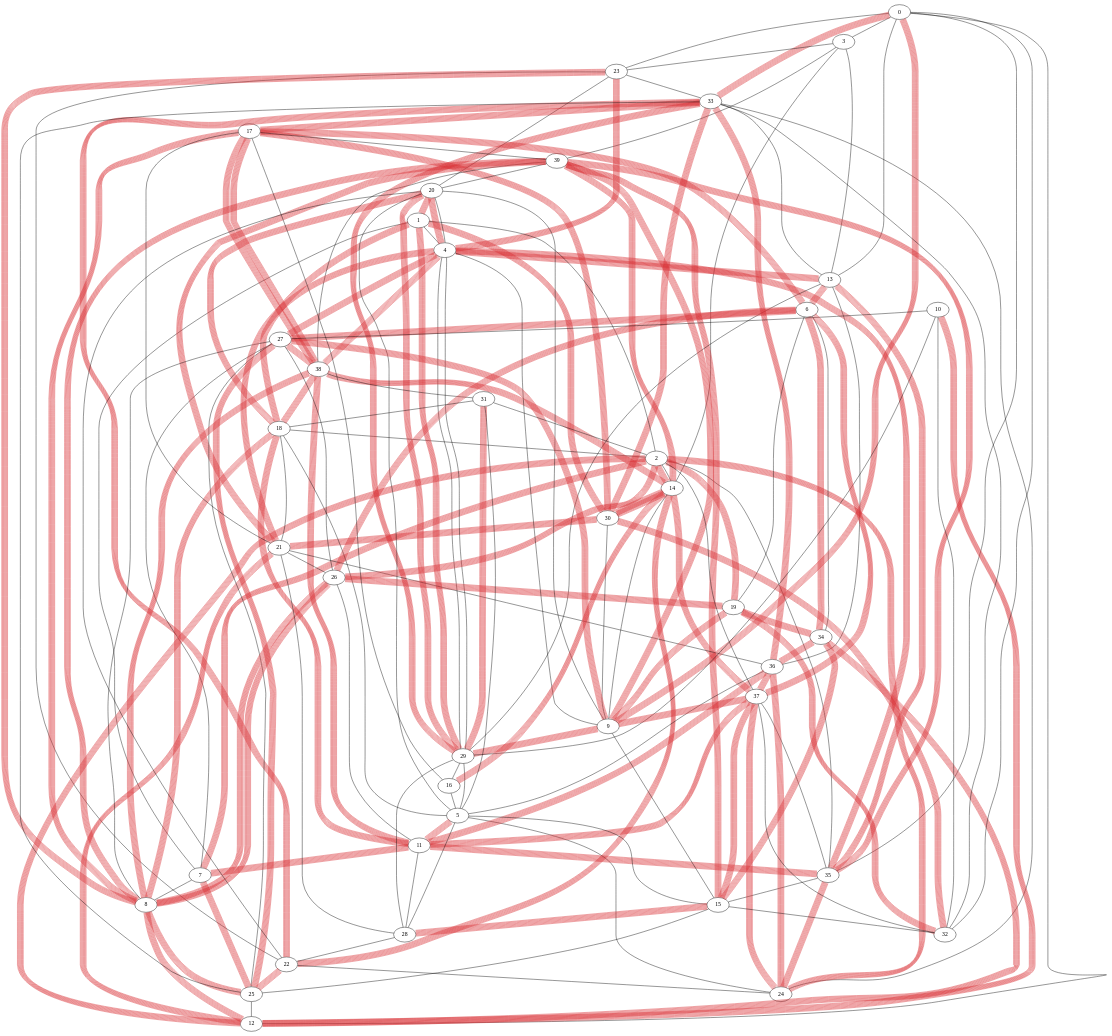
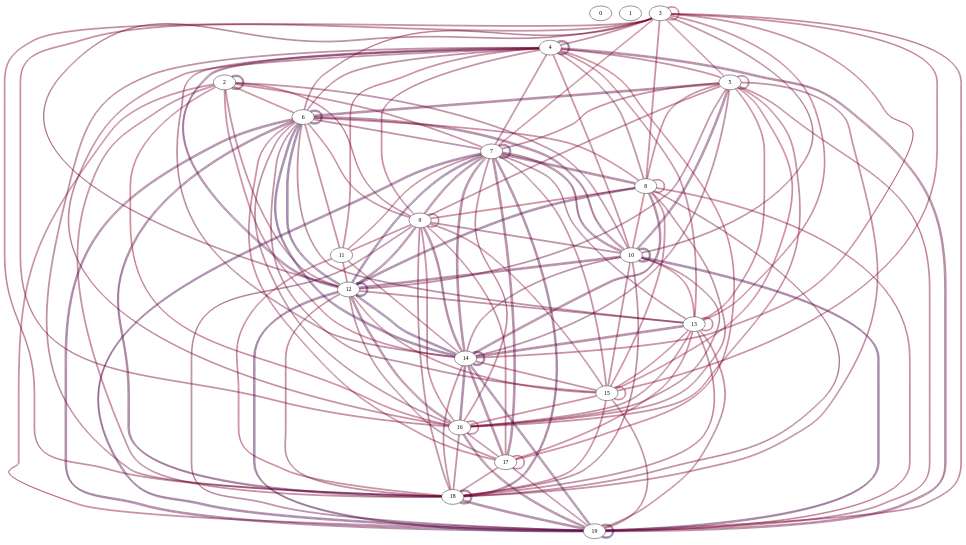
One commit to veryeli/socialcascades changed the diagram in model/graph.gv. Above: the diagram before and after it, drawn with Graphviz. The commit also changed 15 other files, not shown here.

```diff
--- a/model/graph.gv
+++ b/model/graph.gv
@@ -1,169 +1,168 @@
-graph G {
-0 -- 3 [color=""];
-0 -- 13 [color=""];
-0 -- 23 [color=""];
-0 -- 33 [color="#D72E32:#D72E32:#D72E32:#D72E32:#D72E32:#D72E32:#D72E32:#D72E32"];
-0 -- 35 [color=""];
-1 -- 4 [color=""];
-1 -- 7 [color=""];
-1 -- 18 [color="#D72E32:#D72E32:#D72E32:#D72E32:#D72E32:#D72E32:#D72E32:#D72E32"];
-1 -- 30 [color="#D72E32:#D72E32:#D72E32:#D72E32:#D72E32:#D72E32:#D72E32:#D72E32"];
-2 -- 1 [color=""];
-2 -- 12 [color="#D72E32:#D72E32:#D72E32:#D72E32:#D72E32:#D72E32:#D72E32:#D72E32"];
-2 -- 14 [color="#D72E32:#D72E32:#D72E32:#D72E32:#D72E32:#D72E32:#D72E32:#D72E32"];
-3 -- 14 [color=""];
-3 -- 23 [color=""];
-3 -- 39 [color=""];
-4 -- 13 [color="#D72E32:#D72E32:#D72E32:#D72E32:#D72E32:#D72E32:#D72E32:#D72E32"];
-4 -- 20 [color=""];
-4 -- 27 [color="#D72E32:#D72E32:#D72E32:#D72E32:#D72E32:#D72E32:#D72E32:#D72E32"];
-4 -- 29 [color=""];
-4 -- 38 [color="#D72E32:#D72E32:#D72E32:#D72E32:#D72E32:#D72E32:#D72E32:#D72E32"];
-5 -- 11 [color="#D72E32:#D72E32:#D72E32:#D72E32:#D72E32:#D72E32:#D72E32:#D72E32"];
-5 -- 18 [color=""];
-5 -- 20 [color=""];
-5 -- 24 [color=""];
-5 -- 36 [color=""];
-6 -- 17 [color="#D72E32:#D72E32:#D72E32:#D72E32:#D72E32:#D72E32:#D72E32:#D72E32"];
-6 -- 19 [color=""];
-6 -- 27 [color="#D72E32:#D72E32:#D72E32:#D72E32:#D72E32:#D72E32:#D72E32:#D72E32"];
-6 -- 34 [color="#D72E32:#D72E32:#D72E32:#D72E32:#D72E32:#D72E32:#D72E32:#D72E32"];
-7 -- 2 [color="#D72E32:#D72E32:#D72E32:#D72E32:#D72E32:#D72E32:#D72E32:#D72E32"];
-7 -- 8 [color=""];
-7 -- 25 [color="#D72E32:#D72E32:#D72E32:#D72E32:#D72E32:#D72E32:#D72E32:#D72E32"];
-7 -- 27 [color=""];
-8 -- 12 [color="#D72E32:#D72E32:#D72E32:#D72E32:#D72E32:#D72E32:#D72E32:#D72E32"];
-8 -- 18 [color="#D72E32:#D72E32:#D72E32:#D72E32:#D72E32:#D72E32:#D72E32:#D72E32"];
-8 -- 23 [color="#D72E32:#D72E32:#D72E32:#D72E32:#D72E32:#D72E32:#D72E32:#D72E32"];
-8 -- 25 [color="#D72E32:#D72E32:#D72E32:#D72E32:#D72E32:#D72E32:#D72E32:#D72E32"];
-8 -- 26 [color="#D72E32:#D72E32:#D72E32:#D72E32:#D72E32:#D72E32:#D72E32:#D72E32"];
-8 -- 27 [color=""];
-8 -- 38 [color="#D72E32:#D72E32:#D72E32:#D72E32:#D72E32:#D72E32:#D72E32:#D72E32"];
-9 -- 0 [color="#D72E32:#D72E32:#D72E32:#D72E32:#D72E32:#D72E32:#D72E32:#D72E32"];
-9 -- 4 [color=""];
-9 -- 14 [color=""];
-9 -- 19 [color="#D72E32:#D72E32:#D72E32:#D72E32:#D72E32:#D72E32:#D72E32:#D72E32"];
-9 -- 20 [color=""];
-9 -- 27 [color="#D72E32:#D72E32:#D72E32:#D72E32:#D72E32:#D72E32:#D72E32:#D72E32"];
-9 -- 29 [color="#D72E32:#D72E32:#D72E32:#D72E32:#D72E32:#D72E32:#D72E32:#D72E32"];
-9 -- 30 [color=""];
-9 -- 39 [color="#D72E32:#D72E32:#D72E32:#D72E32:#D72E32:#D72E32:#D72E32:#D72E32"];
-10 -- 12 [color="#D72E32:#D72E32:#D72E32:#D72E32:#D72E32:#D72E32:#D72E32:#D72E32"];
-10 -- 27 [color=""];
-10 -- 29 [color=""];
-10 -- 32 [color=""];
-11 -- 7 [color="#D72E32:#D72E32:#D72E32:#D72E32:#D72E32:#D72E32:#D72E32:#D72E32"];
-11 -- 26 [color=""];
-11 -- 35 [color="#D72E32:#D72E32:#D72E32:#D72E32:#D72E32:#D72E32:#D72E32:#D72E32"];
-11 -- 36 [color="#D72E32:#D72E32:#D72E32:#D72E32:#D72E32:#D72E32:#D72E32:#D72E32"];
-12 -- 0 [color=""];
-12 -- 21 [color="#D72E32:#D72E32:#D72E32:#D72E32:#D72E32:#D72E32:#D72E32:#D72E32"];
-13 -- 3 [color=""];
-13 -- 6 [color="#D72E32:#D72E32:#D72E32:#D72E32:#D72E32:#D72E32:#D72E32:#D72E32"];
-13 -- 33 [color=""];
-13 -- 36 [color=""];
-14 -- 2 [color=""];
-14 -- 22 [color="#D72E32:#D72E32:#D72E32:#D72E32:#D72E32:#D72E32:#D72E32:#D72E32"];
-14 -- 30 [color="#D72E32:#D72E32:#D72E32:#D72E32:#D72E32:#D72E32:#D72E32:#D72E32"];
-14 -- 37 [color="#D72E32:#D72E32:#D72E32:#D72E32:#D72E32:#D72E32:#D72E32:#D72E32"];
-14 -- 39 [color="#D72E32:#D72E32:#D72E32:#D72E32:#D72E32:#D72E32:#D72E32:#D72E32"];
-15 -- 5 [color=""];
-15 -- 9 [color=""];
-15 -- 25 [color=""];
-15 -- 28 [color="#D72E32:#D72E32:#D72E32:#D72E32:#D72E32:#D72E32:#D72E32:#D72E32"];
-15 -- 32 [color=""];
-15 -- 37 [color="#D72E32:#D72E32:#D72E32:#D72E32:#D72E32:#D72E32:#D72E32:#D72E32"];
-16 -- 5 [color=""];
-16 -- 14 [color="#D72E32:#D72E32:#D72E32:#D72E32:#D72E32:#D72E32:#D72E32:#D72E32"];
-16 -- 17 [color=""];
-17 -- 8 [color="#D72E32:#D72E32:#D72E32:#D72E32:#D72E32:#D72E32:#D72E32:#D72E32"];
-17 -- 38 [color="#D72E32:#D72E32:#D72E32:#D72E32:#D72E32:#D72E32:#D72E32:#D72E32"];
-17 -- 39 [color=""];
-18 -- 2 [color=""];
-18 -- 11 [color="#D72E32:#D72E32:#D72E32:#D72E32:#D72E32:#D72E32:#D72E32:#D72E32"];
-18 -- 20 [color="#D72E32:#D72E32:#D72E32:#D72E32:#D72E32:#D72E32:#D72E32:#D72E32"];
-19 -- 2 [color="#D72E32:#D72E32:#D72E32:#D72E32:#D72E32:#D72E32:#D72E32:#D72E32"];
-19 -- 34 [color="#D72E32:#D72E32:#D72E32:#D72E32:#D72E32:#D72E32:#D72E32:#D72E32"];
-20 -- 1 [color="#D72E32:#D72E32:#D72E32:#D72E32:#D72E32:#D72E32:#D72E32:#D72E32"];
-20 -- 4 [color="#D72E32:#D72E32:#D72E32:#D72E32:#D72E32:#D72E32:#D72E32:#D72E32"];
-20 -- 29 [color="#D72E32:#D72E32:#D72E32:#D72E32:#D72E32:#D72E32:#D72E32:#D72E32"];
-21 -- 4 [color="#D72E32:#D72E32:#D72E32:#D72E32:#D72E32:#D72E32:#D72E32:#D72E32"];
-21 -- 17 [color=""];
-21 -- 18 [color=""];
-21 -- 26 [color=""];
-22 -- 20 [color=""];
-22 -- 24 [color=""];
-22 -- 25 [color="#D72E32:#D72E32:#D72E32:#D72E32:#D72E32:#D72E32:#D72E32:#D72E32"];
-23 -- 4 [color="#D72E32:#D72E32:#D72E32:#D72E32:#D72E32:#D72E32:#D72E32:#D72E32"];
-23 -- 20 [color=""];
-23 -- 22 [color=""];
-23 -- 33 [color=""];
-24 -- 2 [color="#D72E32:#D72E32:#D72E32:#D72E32:#D72E32:#D72E32:#D72E32:#D72E32"];
-24 -- 33 [color=""];
-24 -- 36 [color="#D72E32:#D72E32:#D72E32:#D72E32:#D72E32:#D72E32:#D72E32:#D72E32"];
-25 -- 12 [color=""];
-25 -- 27 [color="#D72E32:#D72E32:#D72E32:#D72E32:#D72E32:#D72E32:#D72E32:#D72E32"];
-25 -- 33 [color=""];
-26 -- 2 [color="#D72E32:#D72E32:#D72E32:#D72E32:#D72E32:#D72E32:#D72E32:#D72E32"];
-26 -- 6 [color="#D72E32:#D72E32:#D72E32:#D72E32:#D72E32:#D72E32:#D72E32:#D72E32"];
-26 -- 8 [color="#D72E32:#D72E32:#D72E32:#D72E32:#D72E32:#D72E32:#D72E32:#D72E32"];
-26 -- 19 [color="#D72E32:#D72E32:#D72E32:#D72E32:#D72E32:#D72E32:#D72E32:#D72E32"];
-26 -- 27 [color=""];
-27 -- 25 [color=""];
-27 -- 38 [color="#D72E32:#D72E32:#D72E32:#D72E32:#D72E32:#D72E32:#D72E32:#D72E32"];
-28 -- 5 [color=""];
-28 -- 11 [color=""];
-28 -- 21 [color=""];
-28 -- 22 [color=""];
-28 -- 29 [color=""];
-29 -- 1 [color="#D72E32:#D72E32:#D72E32:#D72E32:#D72E32:#D72E32:#D72E32:#D72E32"];
-29 -- 4 [color=""];
-29 -- 5 [color=""];
-29 -- 13 [color=""];
-29 -- 16 [color=""];
-29 -- 33 [color="#D72E32:#D72E32:#D72E32:#D72E32:#D72E32:#D72E32:#D72E32:#D72E32"];
-30 -- 14 [color="#D72E32:#D72E32:#D72E32:#D72E32:#D72E32:#D72E32:#D72E32:#D72E32"];
-30 -- 17 [color="#D72E32:#D72E32:#D72E32:#D72E32:#D72E32:#D72E32:#D72E32:#D72E32"];
-30 -- 21 [color="#D72E32:#D72E32:#D72E32:#D72E32:#D72E32:#D72E32:#D72E32:#D72E32"];
-30 -- 33 [color="#D72E32:#D72E32:#D72E32:#D72E32:#D72E32:#D72E32:#D72E32:#D72E32"];
-31 -- 2 [color=""];
-31 -- 5 [color=""];
-31 -- 18 [color=""];
-31 -- 29 [color="#D72E32:#D72E32:#D72E32:#D72E32:#D72E32:#D72E32:#D72E32:#D72E32"];
-32 -- 0 [color=""];
-32 -- 19 [color="#D72E32:#D72E32:#D72E32:#D72E32:#D72E32:#D72E32:#D72E32:#D72E32"];
-32 -- 30 [color="#D72E32:#D72E32:#D72E32:#D72E32:#D72E32:#D72E32:#D72E32:#D72E32"];
-32 -- 33 [color=""];
-32 -- 37 [color=""];
-33 -- 17 [color="#D72E32:#D72E32:#D72E32:#D72E32:#D72E32:#D72E32:#D72E32:#D72E32"];
-33 -- 22 [color="#D72E32:#D72E32:#D72E32:#D72E32:#D72E32:#D72E32:#D72E32:#D72E32"];
-34 -- 6 [color=""];
-34 -- 12 [color="#D72E32:#D72E32:#D72E32:#D72E32:#D72E32:#D72E32:#D72E32:#D72E32"];
-34 -- 15 [color="#D72E32:#D72E32:#D72E32:#D72E32:#D72E32:#D72E32:#D72E32:#D72E32"];
-34 -- 36 [color="#D72E32:#D72E32:#D72E32:#D72E32:#D72E32:#D72E32:#D72E32:#D72E32"];
-35 -- 2 [color=""];
-35 -- 4 [color="#D72E32:#D72E32:#D72E32:#D72E32:#D72E32:#D72E32:#D72E32:#D72E32"];
-35 -- 13 [color="#D72E32:#D72E32:#D72E32:#D72E32:#D72E32:#D72E32:#D72E32:#D72E32"];
-35 -- 15 [color=""];
-35 -- 24 [color="#D72E32:#D72E32:#D72E32:#D72E32:#D72E32:#D72E32:#D72E32:#D72E32"];
-35 -- 37 [color=""];
-35 -- 39 [color="#D72E32:#D72E32:#D72E32:#D72E32:#D72E32:#D72E32:#D72E32:#D72E32"];
-36 -- 21 [color=""];
-36 -- 33 [color="#D72E32:#D72E32:#D72E32:#D72E32:#D72E32:#D72E32:#D72E32:#D72E32"];
-36 -- 37 [color="#D72E32:#D72E32:#D72E32:#D72E32:#D72E32:#D72E32:#D72E32:#D72E32"];
-37 -- 2 [color=""];
-37 -- 6 [color="#D72E32:#D72E32:#D72E32:#D72E32:#D72E32:#D72E32:#D72E32:#D72E32"];
-37 -- 9 [color="#D72E32:#D72E32:#D72E32:#D72E32:#D72E32:#D72E32:#D72E32:#D72E32"];
-37 -- 11 [color="#D72E32:#D72E32:#D72E32:#D72E32:#D72E32:#D72E32:#D72E32:#D72E32"];
-37 -- 24 [color="#D72E32:#D72E32:#D72E32:#D72E32:#D72E32:#D72E32:#D72E32:#D72E32"];
-38 -- 11 [color="#D72E32:#D72E32:#D72E32:#D72E32:#D72E32:#D72E32:#D72E32:#D72E32"];
-38 -- 14 [color="#D72E32:#D72E32:#D72E32:#D72E32:#D72E32:#D72E32:#D72E32:#D72E32"];
-38 -- 17 [color="#D72E32:#D72E32:#D72E32:#D72E32:#D72E32:#D72E32:#D72E32:#D72E32"];
-38 -- 18 [color="#D72E32:#D72E32:#D72E32:#D72E32:#D72E32:#D72E32:#D72E32:#D72E32"];
-38 -- 31 [color=""];
-39 -- 8 [color="#D72E32:#D72E32:#D72E32:#D72E32:#D72E32:#D72E32:#D72E32:#D72E32"];
-39 -- 15 [color="#D72E32:#D72E32:#D72E32:#D72E32:#D72E32:#D72E32:#D72E32:#D72E32"];
-39 -- 20 [color=""];
-39 -- 21 [color="#D72E32:#D72E32:#D72E32:#D72E32:#D72E32:#D72E32:#D72E32:#D72E32"];
-39 -- 38 [color=""];
+graph "G" {
+ratio=1
+0 [pos="0,0!"	];
+1 [pos="1,1!"	];
+2 [pos="2,2!"	];
+3 [pos="3,3!"	];
+4 [pos="4,4!"	];
+5 [pos="5,5!"	];
+6 [pos="6,6!"	];
+7 [pos="7,7!"	];
+8 [pos="8,8!"	];
+9 [pos="9,9!"	];
+10 [pos="10,10!"	];
+11 [pos="11,11!"	];
+12 [pos="12,12!"	];
+13 [pos="13,13!"	];
+14 [pos="14,14!"	];
+15 [pos="15,15!"	];
+16 [pos="16,16!"	];
+17 [pos="17,17!"	];
+18 [pos="18,18!"	];
+19 [pos="19,19!"	];
+
+2 -- 2 [color="#3A074E:#3A074E:#3A074E"];
+2 -- 6 [color="#940327:#940327"];
+2 -- 7 [color="#87042C:#87042C"];
+2 -- 9 [color="#87042C:#87042C"];
+2 -- 10 [color="#6E0538:#6E0538"];
+2 -- 12 [color="#7A0432:#7A0432"];
+2 -- 14 [color="#87042C:#87042C"];
+2 -- 16 [color="#940327:#940327"];
+2 -- 18 [color="#7A0432:#7A0432"];
+2 -- 19 [color="#87042C:#87042C"];
+3 -- 3 [color="#940327:#940327"];
+3 -- 4 [color="#7A0432:#7A0432"];
+3 -- 5 [color="#87042C:#87042C"];
+3 -- 6 [color="#7A0432:#7A0432"];
+3 -- 7 [color="#940327:#940327"];
+3 -- 8 [color="#87042C:#87042C"];
+3 -- 10 [color="#6E0538:#6E0538"];
+3 -- 12 [color="#6E0538:#6E0538"];
+3 -- 13 [color="#87042C:#87042C"];
+3 -- 14 [color="#87042C:#87042C"];
+3 -- 15 [color="#87042C:#87042C"];
+3 -- 16 [color="#7A0432:#7A0432"];
+3 -- 18 [color="#7A0432:#7A0432"];
+3 -- 19 [color="#7A0432:#7A0432"];
+4 -- 4 [color="#470648:#470648:#470648"];
+4 -- 5 [color="#7A0432:#7A0432"];
+4 -- 6 [color="#6E0538:#6E0538"];
+4 -- 7 [color="#6E0538:#6E0538"];
+4 -- 8 [color="#6E0538:#6E0538"];
+4 -- 9 [color="#7A0432:#7A0432"];
+4 -- 10 [color="#7A0432:#7A0432"];
+4 -- 11 [color="#87042C:#87042C"];
+4 -- 12 [color="#540643:#540643:#540643"];
+4 -- 13 [color="#87042C:#87042C"];
+4 -- 14 [color="#6E0538:#6E0538"];
+4 -- 16 [color="#7A0432:#7A0432"];
+4 -- 17 [color="#940327:#940327"];
+4 -- 18 [color="#6E0538:#6E0538"];
+4 -- 19 [color="#61053D:#61053D:#61053D"];
+5 -- 5 [color="#6E0538:#6E0538"];
+5 -- 6 [color="#61053D:#61053D:#61053D"];
+5 -- 7 [color="#7A0432:#7A0432"];
+5 -- 8 [color="#87042C:#87042C"];
+5 -- 9 [color="#7A0432:#7A0432"];
+5 -- 10 [color="#540643:#540643:#540643"];
+5 -- 12 [color="#6E0538:#6E0538"];
+5 -- 13 [color="#87042C:#87042C"];
+5 -- 14 [color="#6E0538:#6E0538"];
+5 -- 15 [color="#940327:#940327"];
+5 -- 16 [color="#7A0432:#7A0432"];
+5 -- 18 [color="#7A0432:#7A0432"];
+5 -- 19 [color="#7A0432:#7A0432"];
+6 -- 6 [color="#3A074E:#3A074E:#3A074E"];
+6 -- 7 [color="#6E0538:#6E0538"];
+6 -- 8 [color="#87042C:#87042C"];
+6 -- 9 [color="#7A0432:#7A0432"];
+6 -- 10 [color="#61053D:#61053D:#61053D"];
+6 -- 11 [color="#7A0432:#7A0432"];
+6 -- 12 [color="#3A074E:#3A074E:#3A074E"];
+6 -- 13 [color="#6E0538:#6E0538"];
+6 -- 14 [color="#3A074E:#3A074E:#3A074E"];
+6 -- 15 [color="#6E0538:#6E0538"];
+6 -- 16 [color="#6E0538:#6E0538"];
+6 -- 17 [color="#87042C:#87042C"];
+6 -- 18 [color="#540643:#540643:#540643"];
+6 -- 19 [color="#540643:#540643:#540643"];
+7 -- 7 [color="#3A074E:#3A074E:#3A074E"];
+7 -- 8 [color="#61053D:#61053D:#61053D"];
+7 -- 9 [color="#61053D:#61053D:#61053D"];
+7 -- 10 [color="#61053D:#61053D:#61053D"];
+7 -- 11 [color="#87042C:#87042C"];
+7 -- 12 [color="#3A074E:#3A074E:#3A074E"];
+7 -- 13 [color="#6E0538:#6E0538"];
+7 -- 14 [color="#61053D:#61053D:#61053D"];
+7 -- 15 [color="#7A0432:#7A0432"];
+7 -- 16 [color="#7A0432:#7A0432"];
+7 -- 17 [color="#61053D:#61053D:#61053D"];
+7 -- 18 [color="#540643:#540643:#540643"];
+7 -- 19 [color="#470648:#470648:#470648"];
+8 -- 8 [color="#940327:#940327"];
+8 -- 9 [color="#940327:#940327"];
+8 -- 10 [color="#940327:#940327"];
+8 -- 12 [color="#470648:#470648:#470648"];
+8 -- 14 [color="#61053D:#61053D:#61053D"];
+8 -- 15 [color="#87042C:#87042C"];
+8 -- 16 [color="#7A0432:#7A0432"];
+8 -- 18 [color="#6E0538:#6E0538"];
+8 -- 19 [color="#87042C:#87042C"];
+9 -- 9 [color="#6E0538:#6E0538"];
+9 -- 10 [color="#6E0538:#6E0538"];
+9 -- 11 [color="#87042C:#87042C"];
+9 -- 12 [color="#540643:#540643:#540643"];
+9 -- 14 [color="#61053D:#61053D:#61053D"];
+9 -- 15 [color="#87042C:#87042C"];
+9 -- 16 [color="#87042C:#87042C"];
+9 -- 17 [color="#7A0432:#7A0432"];
+9 -- 18 [color="#6E0538:#6E0538"];
+9 -- 19 [color="#6E0538:#6E0538"];
+10 -- 10 [color="#3A074E:#3A074E:#3A074E"];
+10 -- 12 [color="#61053D:#61053D:#61053D"];
+10 -- 13 [color="#940327:#940327"];
+10 -- 14 [color="#6E0538:#6E0538"];
+10 -- 15 [color="#7A0432:#7A0432"];
+10 -- 16 [color="#6E0538:#6E0538"];
+10 -- 18 [color="#6E0538:#6E0538"];
+10 -- 19 [color="#470648:#470648:#470648"];
+11 -- 12 [color="#940327:#940327"];
+11 -- 14 [color="#7A0432:#7A0432"];
+11 -- 18 [color="#87042C:#87042C"];
+12 -- 12 [color="#3A074E:#3A074E:#3A074E"];
+12 -- 13 [color="#6E0538:#6E0538"];
+12 -- 14 [color="#3A074E:#3A074E:#3A074E"];
+12 -- 15 [color="#87042C:#87042C"];
+12 -- 16 [color="#61053D:#61053D:#61053D"];
+12 -- 17 [color="#6E0538:#6E0538"];
+12 -- 18 [color="#6E0538:#6E0538"];
+12 -- 19 [color="#470648:#470648:#470648"];
+13 -- 13 [color="#7A0432:#7A0432"];
+13 -- 14 [color="#61053D:#61053D:#61053D"];
+13 -- 15 [color="#87042C:#87042C"];
+13 -- 16 [color="#7A0432:#7A0432"];
+13 -- 17 [color="#940327:#940327"];
+13 -- 18 [color="#7A0432:#7A0432"];
+13 -- 19 [color="#7A0432:#7A0432"];
+14 -- 14 [color="#3A074E:#3A074E:#3A074E"];
+14 -- 15 [color="#7A0432:#7A0432"];
+14 -- 16 [color="#540643:#540643:#540643"];
+14 -- 17 [color="#61053D:#61053D:#61053D"];
+14 -- 18 [color="#6E0538:#6E0538"];
+14 -- 19 [color="#470648:#470648:#470648"];
+15 -- 15 [color="#87042C:#87042C"];
+15 -- 16 [color="#940327:#940327"];
+15 -- 18 [color="#940327:#940327"];
+15 -- 19 [color="#7A0432:#7A0432"];
+16 -- 16 [color="#6E0538:#6E0538"];
+16 -- 17 [color="#87042C:#87042C"];
+16 -- 18 [color="#7A0432:#7A0432"];
+16 -- 19 [color="#61053D:#61053D:#61053D"];
+17 -- 17 [color="#87042C:#87042C"];
+17 -- 18 [color="#7A0432:#7A0432"];
+17 -- 19 [color="#7A0432:#7A0432"];
+18 -- 18 [color="#540643:#540643:#540643"];
+18 -- 19 [color="#540643:#540643:#540643"];
+19 -- 19 [color="#3A074E:#3A074E:#3A074E"];
 }
```
